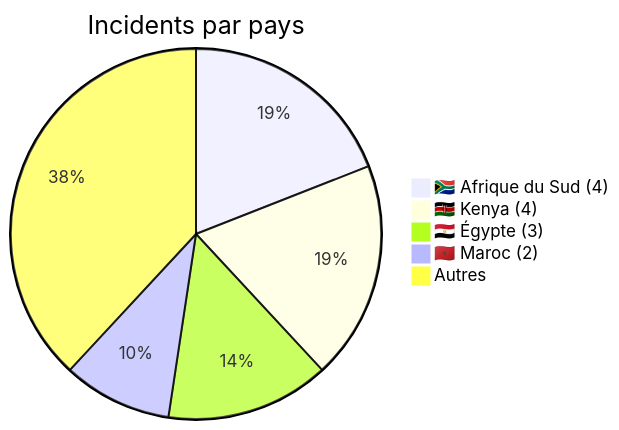
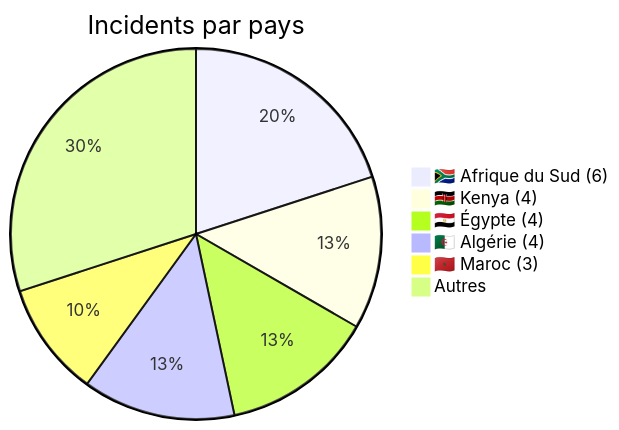
Before and after one commit to Hatchepsoute/AFRINTEL: the first of 4 diagrams in visual-intelligence/01-january/README_FR.md, drawn with Mermaid. The commit also changed other lines of this file and 120 other files, not shown here.

````diff
--- a/visual-intelligence/01-january/README_FR.md
+++ b/visual-intelligence/01-january/README_FR.md
@@ -5,9 +5,10 @@
 ```mermaid
 pie
 title Incidents par pays
-"🇿🇦 Afrique du Sud (4)" : 4
+"🇿🇦 Afrique du Sud (6)" : 6
 "🇰🇪 Kenya (4)" : 4
-"🇪🇬 Égypte (3)" : 3
-"🇲🇦 Maroc (2)" : 2
-"Autres" : 8
+"🇪🇬 Égypte (4)" : 4
+"🇩🇿 Algérie (4)" : 4
+"🇲🇦 Maroc (3)" : 3
+"Autres" : 9
 ```
````
